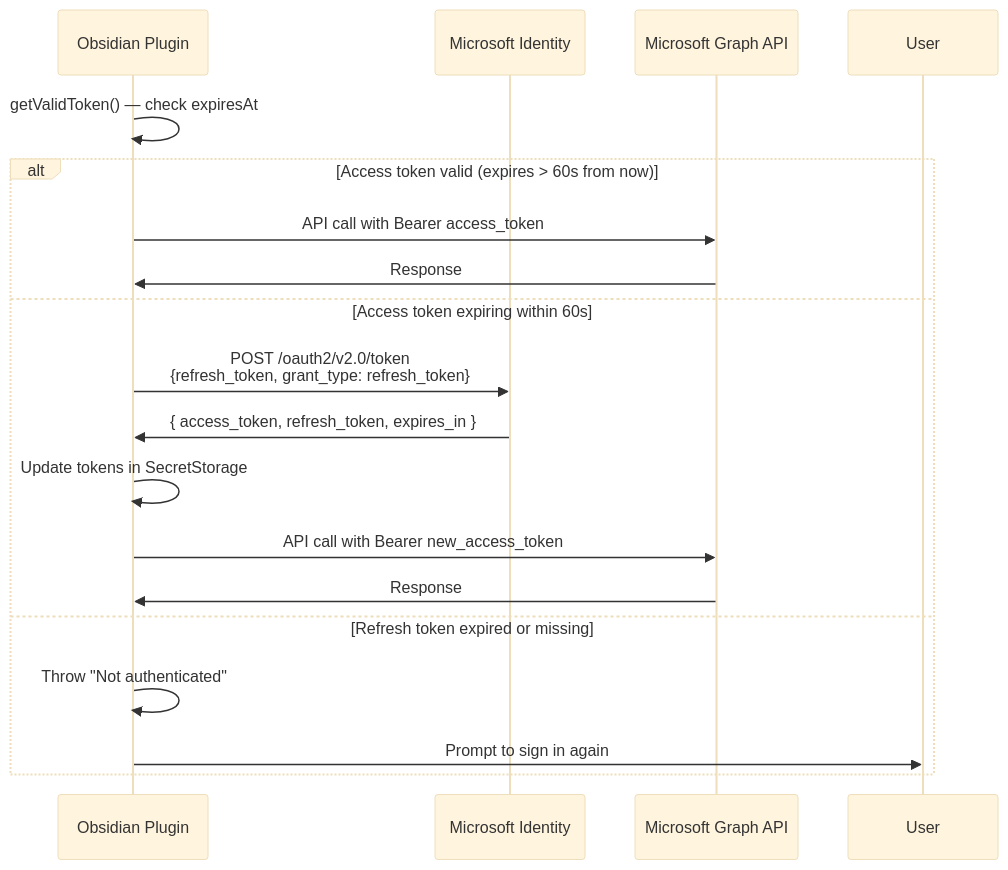
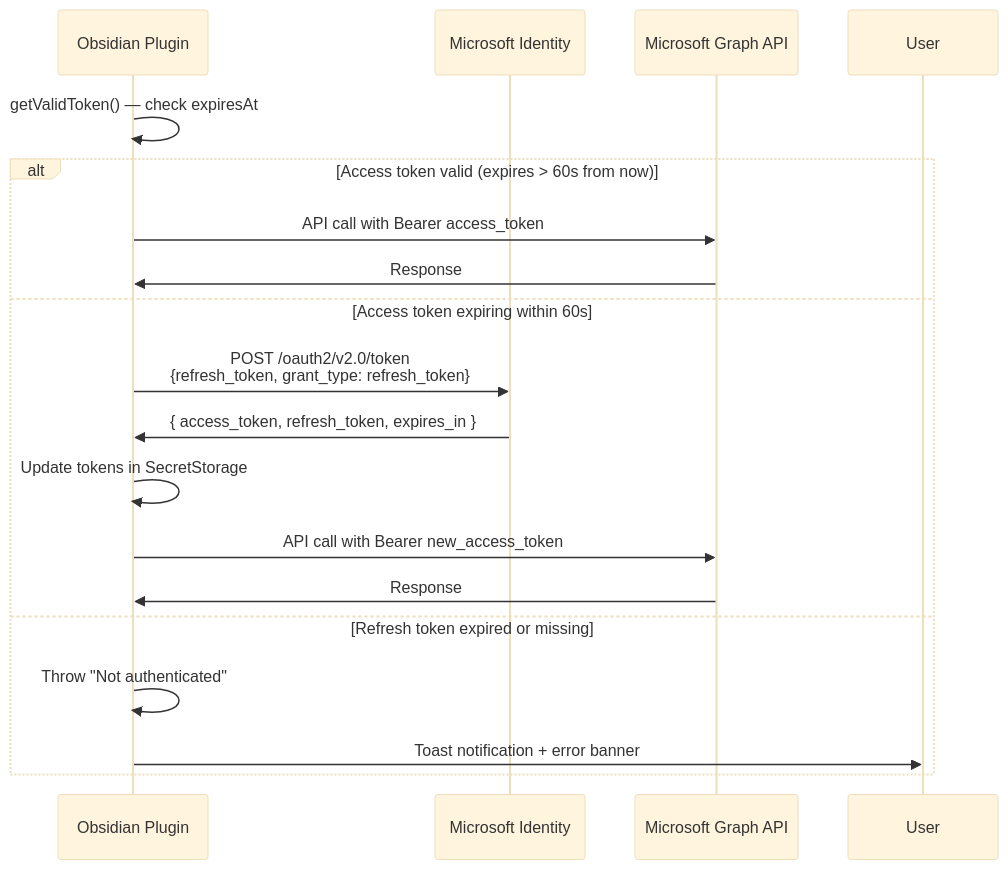
One commit to mpfilbin/obsidian-m356-calendar-plugin changed the second of 2 diagrams in docs/architecture/auth-flow.md. Above: the diagram before and after it, drawn with Mermaid (base theme). The commit also changed other lines of this file and 11 other files, not shown here.

````diff
--- a/docs/architecture/auth-flow.md
+++ b/docs/architecture/auth-flow.md
@@ -32,21 +36,21 @@
 ```mermaid
 sequenceDiagram
     participant Plugin as Obsidian Plugin
     participant MS as Microsoft Identity
     participant Graph as Microsoft Graph API
 
     Plugin->>Plugin: getValidToken() — check expiresAt
     alt Access token valid (expires > 60s from now)
         Plugin->>Graph: API call with Bearer access_token
         Graph->>Plugin: Response
     else Access token expiring within 60s
         Plugin->>MS: POST /oauth2/v2.0/token<br/>{refresh_token, grant_type: refresh_token}
         MS->>Plugin: { access_token, refresh_token, expires_in }
         Plugin->>Plugin: Update tokens in SecretStorage
         Plugin->>Graph: API call with Bearer new_access_token
         Graph->>Plugin: Response
     else Refresh token expired or missing
         Plugin->>Plugin: Throw "Not authenticated"
-        Plugin->>User: Prompt to sign in again
+        Plugin->>User: Toast notification + error banner
     end
 ```
````
